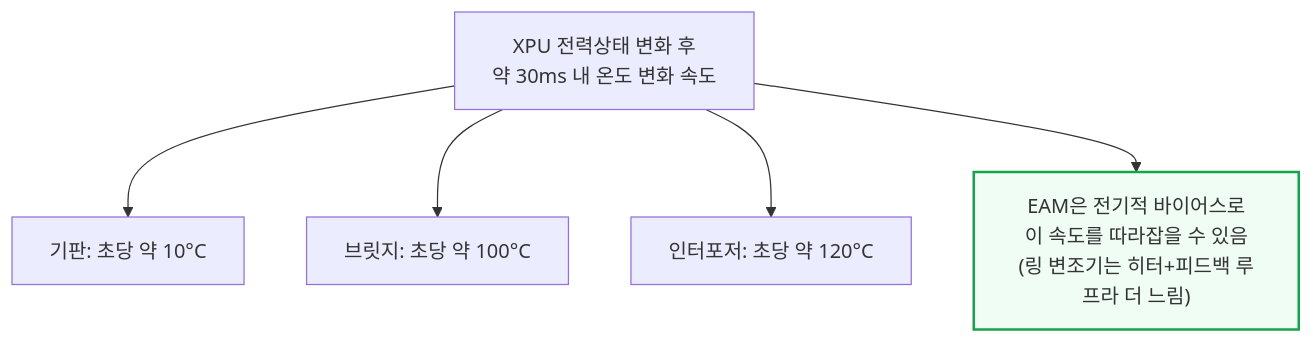
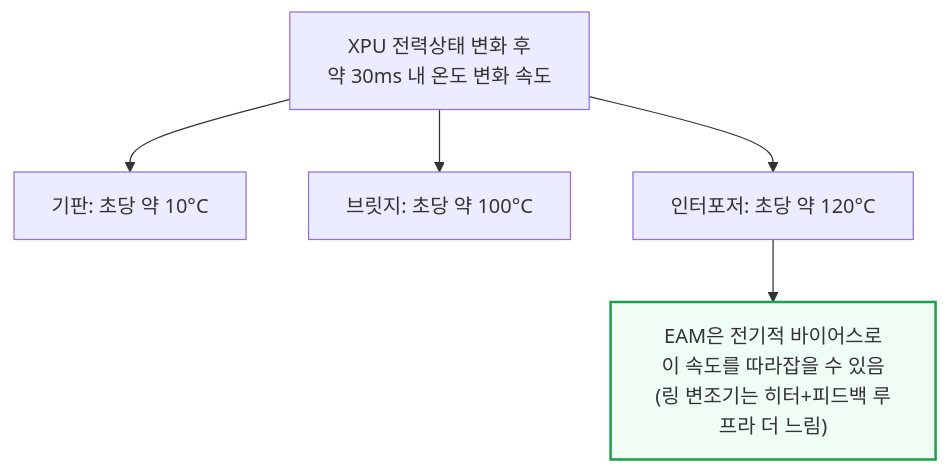
Before and after one commit to yohan4477/semi-report: diagram 31 of 48 in source/newsletter/ai_infra/memory/[260205] ECTC 2026 총정리 - EMIB-T 로드맵, 커스텀 HBM, 마이크로플루이딕 냉각, 광학 인터커넥트.md, drawn with Mermaid. The commit also changed other lines of this file, not shown here.

Commit message:
Complete sections 13-14 and fix diagram width violation in ECTC 2026 translation

````diff
--- a/source/newsletter/ai_infra/memory/[260205] ECTC 2026 총정리 - EMIB-T 로드맵, 커스텀 HBM, 마이크로플루이딕 냉각, 광학 인터커넥트.md
+++ b/source/newsletter/ai_infra/memory/[260205] ECTC 2026 총정리 - EMIB-T 로드맵, 커스텀 HBM, 마이크로플루이딕 냉각, 광학 인터커넥트.md
@@ -493,9 +493,9 @@
 ```mermaid
 flowchart TD
     Transient["XPU 전력상태 변화 후<br/>약 30ms 내 온도 변화 속도"] --> Sub2["기판: 초당 약 10°C"]
     Transient --> Bridge2["브릿지: 초당 약 100°C"]
     Transient --> Interp2["인터포저: 초당 약 120°C"]
-    Transient --> Resp["EAM은 전기적 바이어스로<br/>이 속도를 따라잡을 수 있음<br/>(링 변조기는 히터+피드백 루프라 더 느림)"]
+    Interp2 --> Resp["EAM은 전기적 바이어스로<br/>이 속도를 따라잡을 수 있음<br/>(링 변조기는 히터+피드백 루프라 더 느림)"]
 
     style Resp fill:#f0fdf4,stroke:#16a34a,stroke-width:2px
 ```
````
